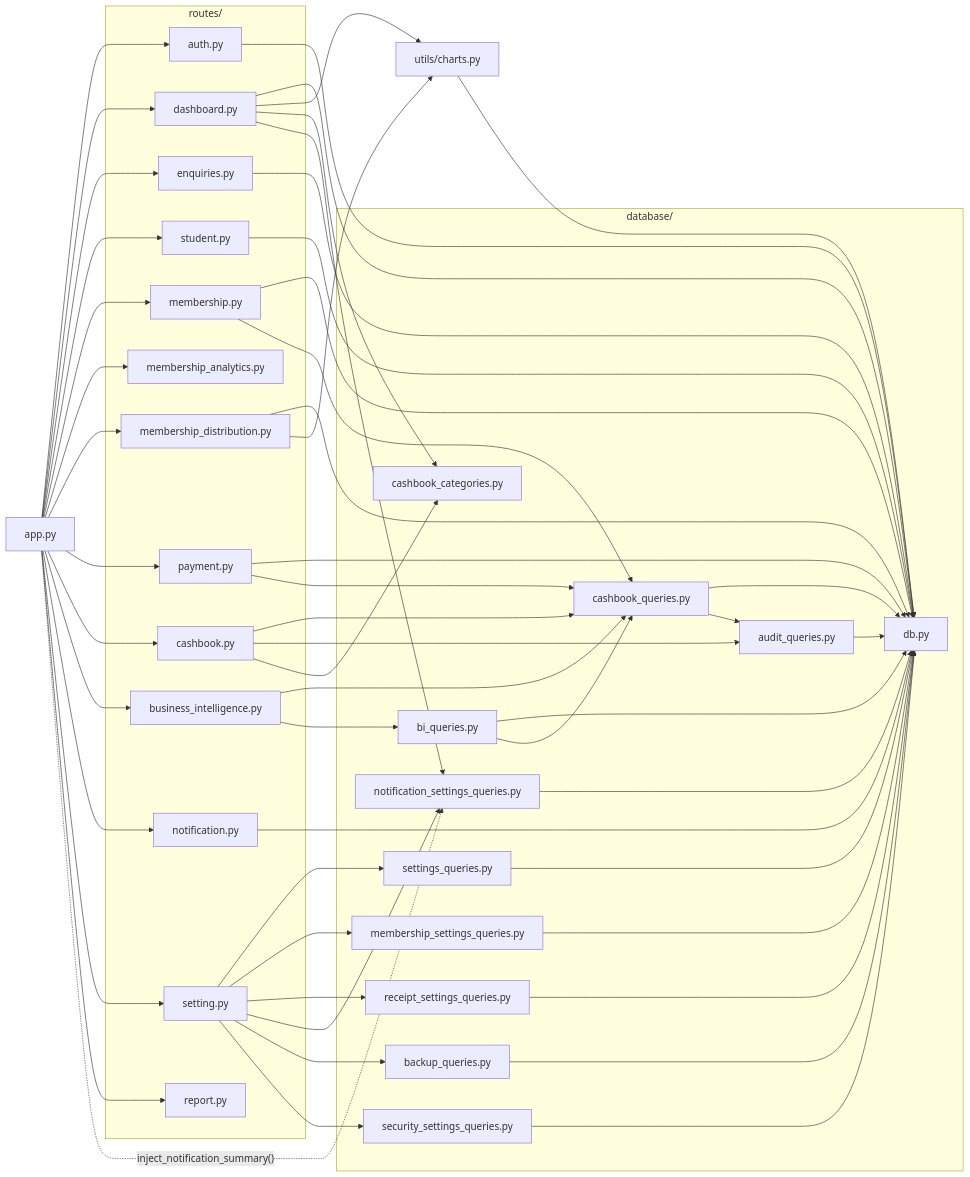
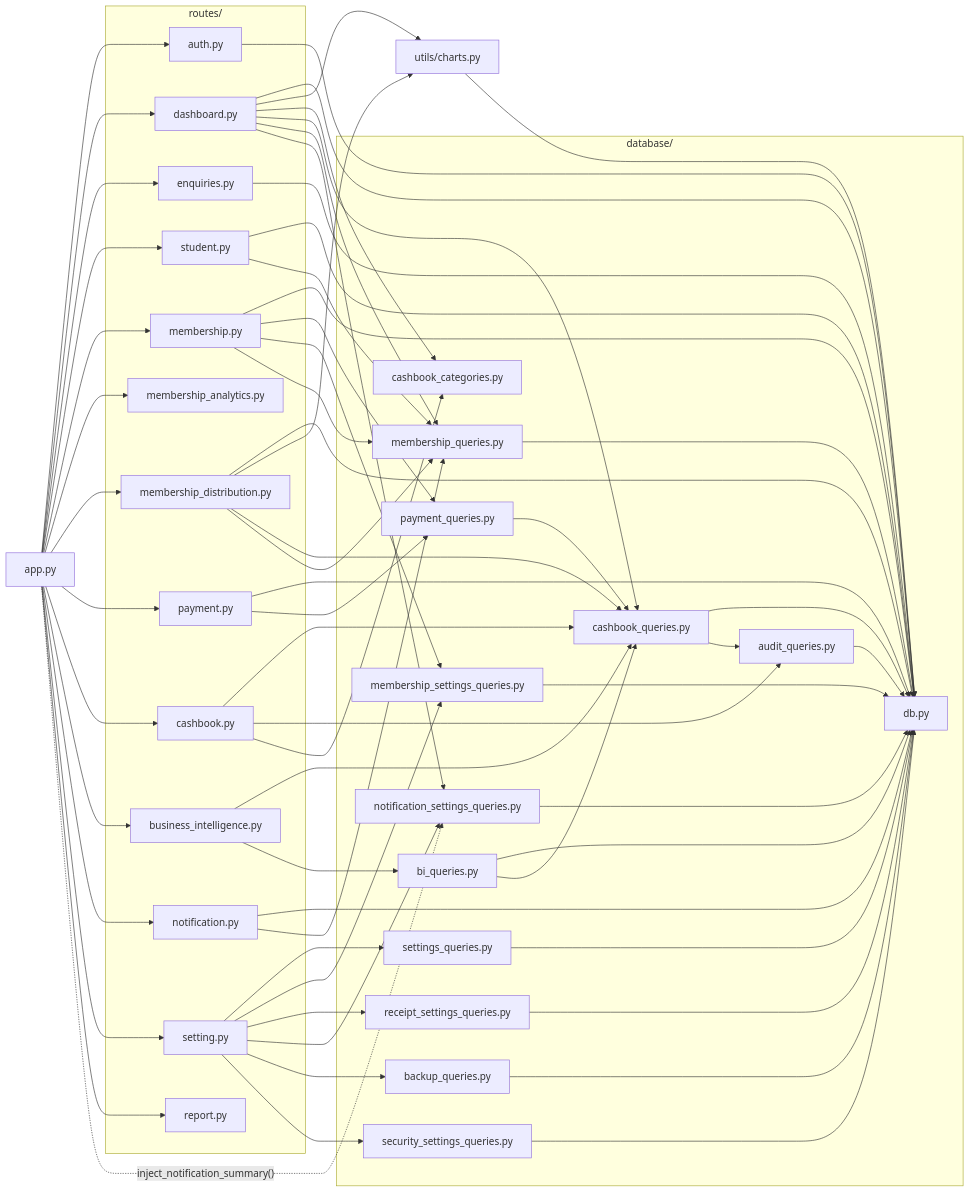
Before and after one commit to saloni-keshore/smart-library-management-system: the fifth of 5 diagrams in docs/DIAGRAMS.md, drawn with Mermaid. The commit also changed other lines of this file and 36 other files, not shown here.

First line of the commit message:
Refactor membership and payment workflows for improved maintainability

```diff
--- a/docs/DIAGRAMS.md
+++ b/docs/DIAGRAMS.md
@@ -289,7 +294,9 @@
         bi_queries_py["bi_queries.py"]
         cashbook_queries_py["cashbook_queries.py"]
         cashbook_categories_py["cashbook_categories.py"]
+        payment_queries_py["payment_queries.py"]
         membership_settings_queries_py["membership_settings_queries.py"]
+        membership_queries_py["membership_queries.py"]
         settings_queries_py["settings_queries.py"]
         receipt_settings_queries_py["receipt_settings_queries.py"]
         notification_settings_queries_py["notification_settings_queries.py"]
@@ -317,20 +324,29 @@
     dashboard_py --> db_py
     dashboard_py --> charts_py
     dashboard_py --> cashbook_categories_py
+    dashboard_py --> cashbook_queries_py
+    dashboard_py --> membership_queries_py
     enquiries_py --> db_py
     student_py --> db_py
+    student_py --> membership_queries_py
     membership_py --> db_py
-    membership_py --> cashbook_queries_py
+    membership_py --> payment_queries_py
+    membership_py --> membership_settings_queries_py
+    membership_py --> membership_queries_py
     membership_distribution_py --> db_py
     membership_distribution_py --> charts_py
+    membership_distribution_py --> cashbook_queries_py
+    membership_distribution_py --> membership_queries_py
     payment_py --> db_py
-    payment_py --> cashbook_queries_py
+    payment_py --> payment_queries_py
+    payment_queries_py --> cashbook_queries_py
     cashbook_py --> cashbook_queries_py
     cashbook_py --> audit_queries_py
     cashbook_py --> cashbook_categories_py
     business_intelligence_py --> cashbook_queries_py
     business_intelligence_py --> bi_queries_py
     notification_py --> db_py
+    notification_py --> membership_queries_py
     setting_py --> settings_queries_py
     setting_py --> membership_settings_queries_py
     setting_py --> receipt_settings_queries_py
@@ -346,6 +362,7 @@
     bi_queries_py --> cashbook_queries_py
     audit_queries_py --> db_py
     membership_settings_queries_py --> db_py
+    membership_queries_py --> db_py
     settings_queries_py --> db_py
     receipt_settings_queries_py --> db_py
     notification_settings_queries_py --> db_py
```
